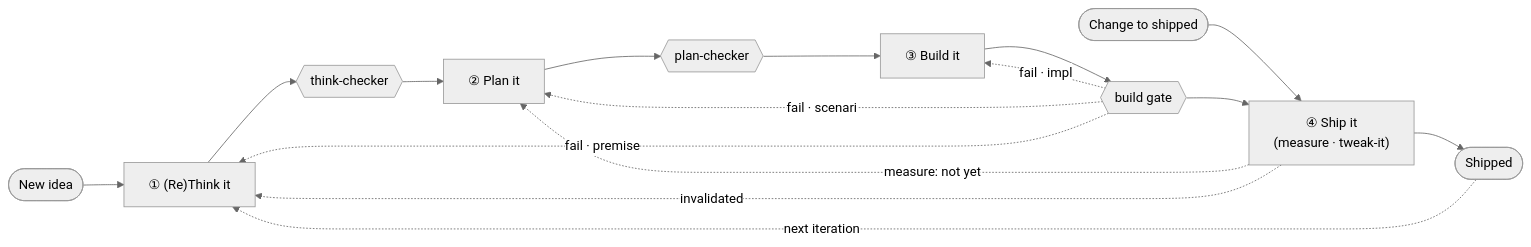
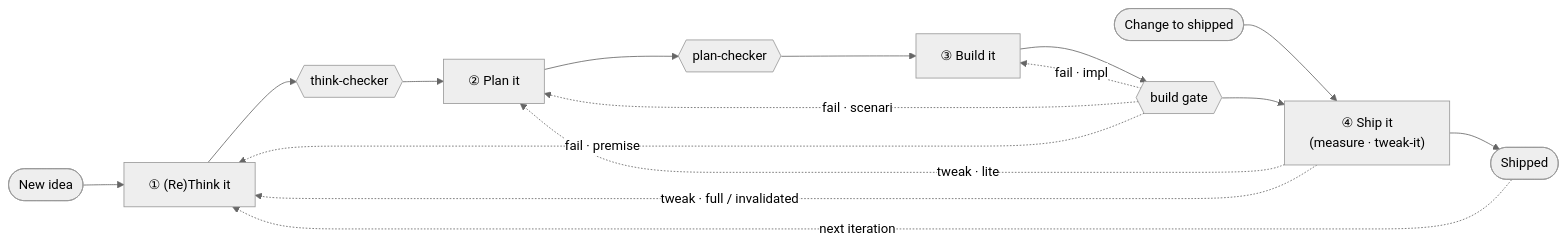
The first of 2 diagrams in _brainstorm.md (giovannibeltrame/buildloop), drawn with Mermaid (neutral theme) before and after one commit. The commit also changed other lines of this file, not shown here.

````diff
--- a/_brainstorm.md
+++ b/_brainstorm.md
@@ -68,20 +101,20 @@
 ```mermaid
 flowchart LR
     NEW([New idea]) --> RT
     CHG([Change to shipped]) --> SH
 
     RT["① (Re)Think it"] --> G1{{think-checker}}
     G1 --> PL["② Plan it"]
     PL --> G2{{plan-checker}}
     G2 --> BT["③ Build it"]
     BT --> G3{{build gate}}
     G3 --> SH["④ Ship it<br/>(measure · tweak-it)"]
     SH --> DONE([Shipped])
 
     G3 -.fail · impl.-> BT
     G3 -.fail · scenario.-> PL
     G3 -.fail · premise.-> RT
-    SH -.measure: not yet.-> PL
-    SH -.invalidated.-> RT
+    SH -.tweak · lite.-> PL
+    SH -.tweak · full / invalidated.-> RT
     DONE -.next iteration.-> RT
 ```
````
